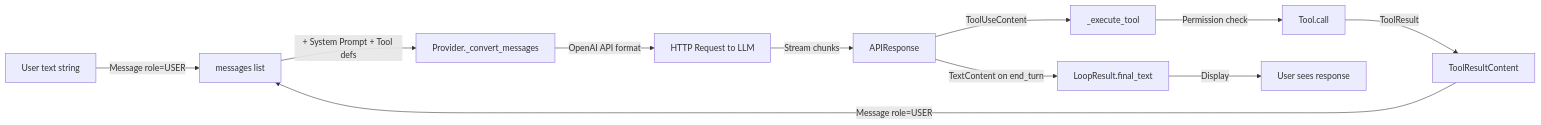
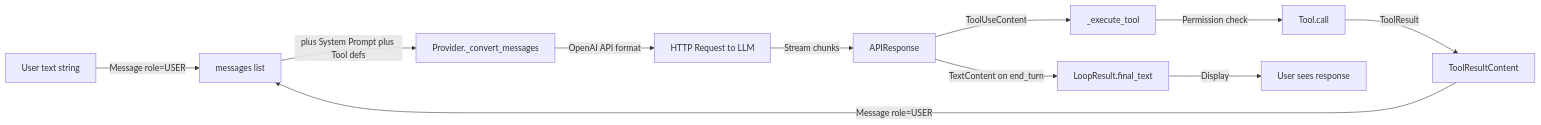
The third of 3 diagrams in docs/mindmap-request-flow.md (jycicy/claude-mini), drawn with Mermaid before and after one commit. The commit also changed other lines of this file, not shown here.

Commit message:
fix: remove reserved keyword loop from sequenceDiagram to fix Mermaid parse error

````diff
--- a/docs/mindmap-request-flow.md
+++ b/docs/mindmap-request-flow.md
@@ -125,13 +125,13 @@
 ```mermaid
 graph LR
     A[User text string] -->|Message role=USER| B[messages list]
-    B -->|+ System Prompt + Tool defs| C[Provider._convert_messages]
+    B -->|plus System Prompt plus Tool defs| C[Provider._convert_messages]
     C -->|OpenAI API format| D[HTTP Request to LLM]
     D -->|Stream chunks| E[APIResponse]
     E -->|ToolUseContent| F[_execute_tool]
     F -->|Permission check| G[Tool.call]
     G -->|ToolResult| H[ToolResultContent]
     H -->|Message role=USER| B
     E -->|TextContent on end_turn| I[LoopResult.final_text]
     I -->|Display| J[User sees response]
 ```
````
